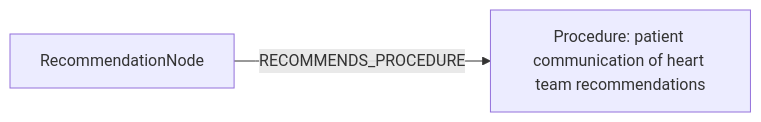
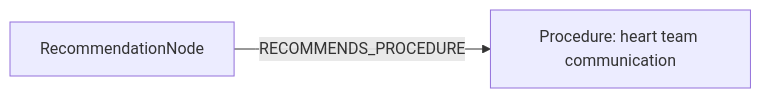
The second of 2 diagrams in docs/table22_rows_comparison/row_03.md (dieterich-lab/CardioGuidelinesGraph), drawn with Mermaid before and after one commit. The commit also changed other lines of this file and 20 other files, not shown here.

````diff
--- a/docs/table22_rows_comparison/row_03.md
+++ b/docs/table22_rows_comparison/row_03.md
@@ -151,6 +181,6 @@
 ```mermaid
 graph LR
   REC[RecommendationNode]
-  ACT1[Procedure: patient communication of heart team recommendations]
+  ACT1[Procedure: heart team communication]
   REC -->|RECOMMENDS_PROCEDURE| ACT1
 ```
````
